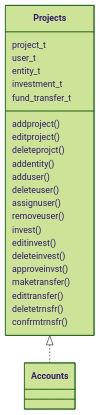
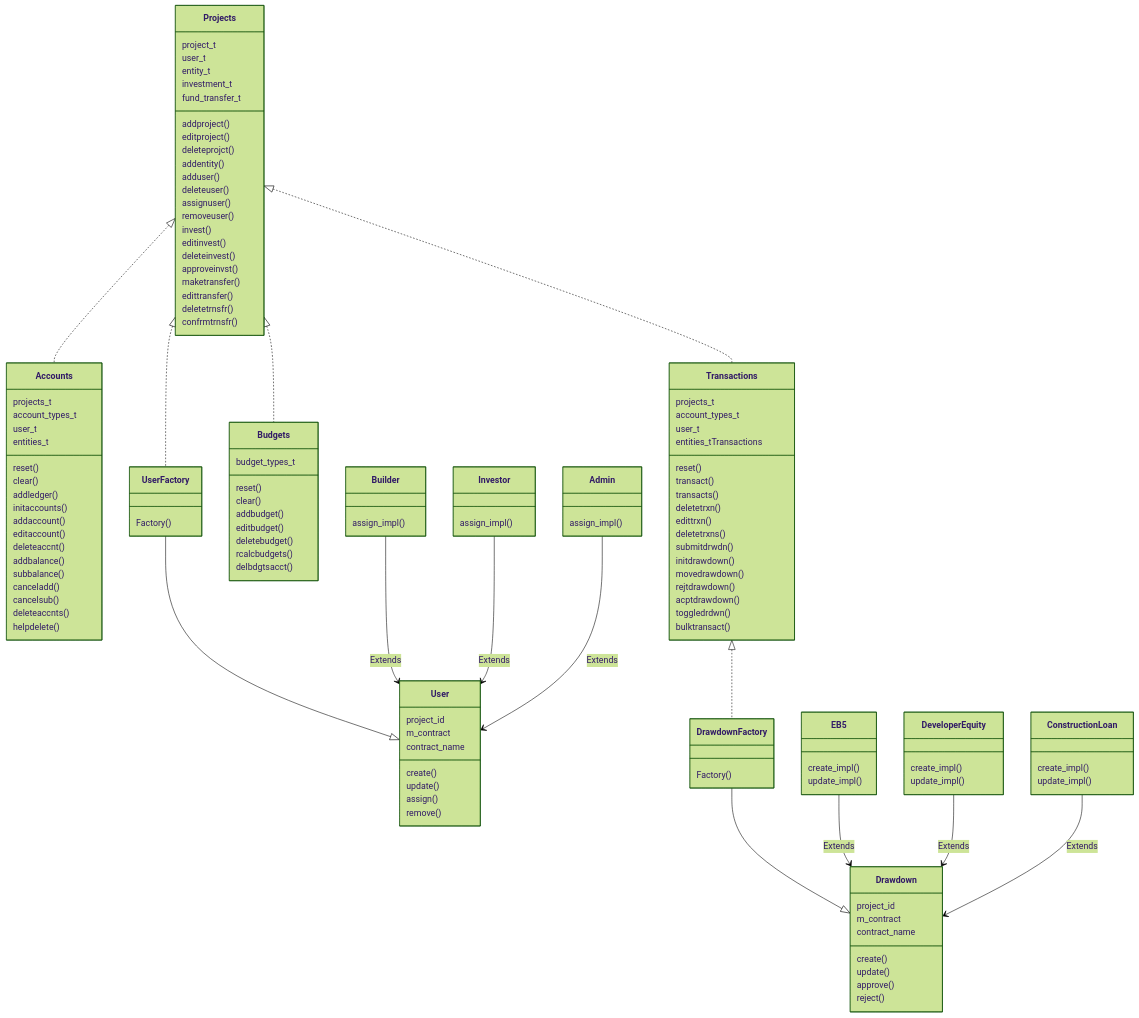
The diagram in include/README.md (hashed-io/proxy-financial-smart-contracts), drawn with Mermaid (forest theme) before and after one commit. The commit also changed 1 other file, not shown here.

Commit message:
fix permission on helper function that erases a given budget update documentation

````diff
--- a/include/README.md
+++ b/include/README.md
@@ -5,6 +5,8 @@
 ```mermaid
   classDiagram
   Projects <|.. Accounts
+  Projects <|.. Transactions
+  Projects <|.. Budgets
   Projects : project_t
   Projects : user_t
   Projects : entity_t
@@ -26,4 +28,87 @@
   Projects : edittransfer()
   Projects : deletetrnsfr()
   Projects : confrmtrnsfr()
+
+  Projects <|.. UserFactory
+  UserFactory --|> User
+  UserFactory : Factory()
+  User : project_id
+  User : m_contract
+  User : contract_name
+  User : create()
+  User : update()
+  User : assign()
+  User : remove()
+  Builder--> User : Extends
+  Builder : assign_impl()
+  Investor --> User : Extends
+  Investor : assign_impl()
+  Admin --> User : Extends
+  Admin : assign_impl()
+
+  Accounts : projects_t
+  Accounts : account_types_t
+  Accounts : user_t
+  Accounts : entities_t
+  Accounts : reset()
+  Accounts : clear()
+  Accounts : addledger()
+  Accounts : initaccounts()
+  Accounts : addaccount()
+  Accounts : editaccount()
+  Accounts : deleteaccnt()
+  Accounts : addbalance()
+  Accounts : subbalance()
+  Accounts : canceladd()
+  Accounts : cancelsub()
+  Accounts : deleteaccnts()
+  Accounts : helpdelete()
+
+  Transactions : projects_t
+  Transactions : account_types_t
+  Transactions : user_t
+  Transactions : entities_tTransactions
+  Transactions : reset()
+  Transactions : transact()
+  Transactions : transacts()
+  Transactions : deletetrxn()
+  Transactions : edittrxn()
+  Transactions : deletetrxns()
+  Transactions : submitdrwdn()
+  Transactions : initdrawdown()
+  Transactions : movedrawdown()
+  Transactions : rejtdrawdown()
+  Transactions : acptdrawdown()
+  Transactions : toggledrdwn()
+  Transactions : bulktransact()
+
+  Transactions <|.. DrawdownFactory
+  DrawdownFactory --|> Drawdown
+  DrawdownFactory : Factory()
+  Drawdown : project_id
+  Drawdown : m_contract
+  Drawdown : contract_name
+  Drawdown : create()
+  Drawdown : update()
+  Drawdown : approve()
+  Drawdown : reject()
+  EB5--> Drawdown : Extends
+  EB5 : create_impl()
+  EB5 : update_impl()
+  DeveloperEquity --> Drawdown : Extends
+  DeveloperEquity : create_impl()
+  DeveloperEquity : update_impl()
+  ConstructionLoan --> Drawdown : Extends
+  ConstructionLoan : create_impl()
+  ConstructionLoan : update_impl()
+
+  Budgets : budget_types_t
+  Budgets : reset()
+  Budgets : clear()
+  Budgets : addbudget()
+  Budgets : editbudget()
+  Budgets : deletebudget()
+  Budgets : rcalcbudgets()
+  Budgets : delbdgtsacct()
+
 ```
````
